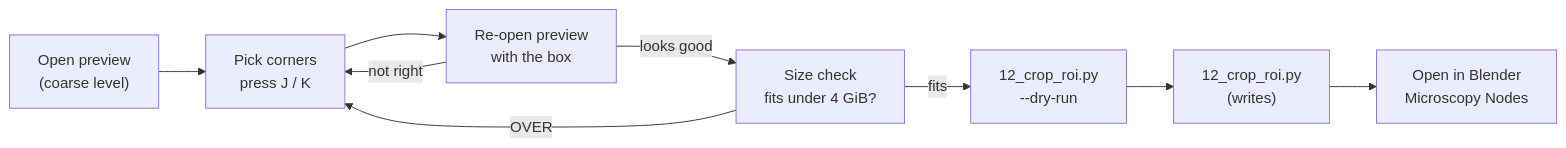
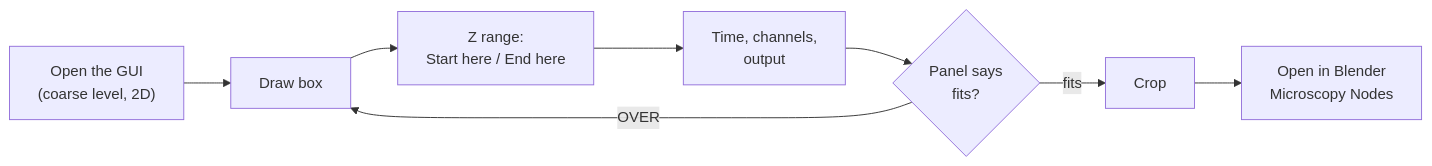
One commit to JurgenKriel/macro_candi changed the diagram in docs/pipeline/04-cropping.md. Above: the diagram before and after it, drawn with Mermaid. The commit also changed other lines of this file and 16 other files, not shown here.

````diff
--- a/docs/pipeline/04-cropping.md
+++ b/docs/pipeline/04-cropping.md
@@ -27,11 +30,10 @@
 ```mermaid
 flowchart LR
-    a["Open preview<br/>(coarse level)"] --> b["Pick corners<br/>press J / K"]
-    b --> c["Re-open preview<br/>with the box"]
-    c -->|not right| b
-    c -->|looks good| d["Size check<br/>fits under 4 GiB?"]
-    d -->|OVER| b
-    d -->|fits| e["12_crop_roi.py<br/>--dry-run"]
-    e --> f["12_crop_roi.py<br/>(writes)"]
+    a["Open the GUI<br/>(coarse level, 2D)"] --> b["Draw box"]
+    b --> c["Z range:<br/>Start here / End here"]
+    c --> d["Time, channels,<br/>output"]
+    d --> e{"Panel says<br/>fits?"}
+    e -->|OVER| b
+    e -->|fits| f["Crop"]
     f --> g["Open in Blender<br/>Microscopy Nodes"]
 ```
````
